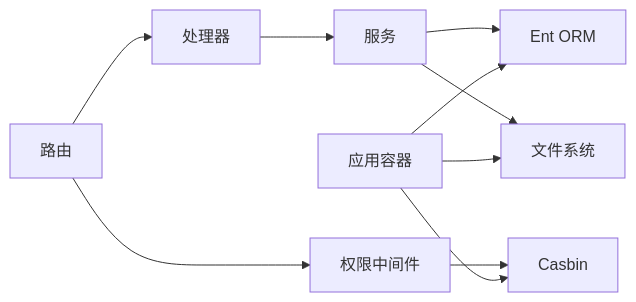
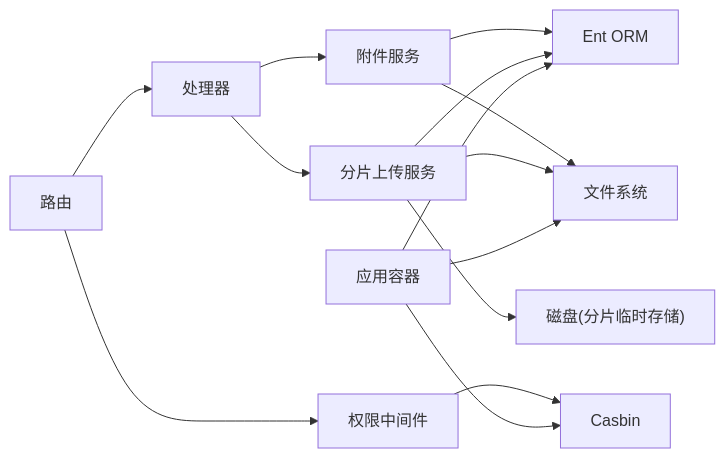
One commit to wuwuseo/e-sports-go-admin changed the seventh of 7 diagrams in .qoder/repowiki/zh/content/核心模块/文件管理系统.md. Above: the diagram before and after it, drawn with Mermaid. The commit also changed other lines of this file and 42 other files, not shown here.

````diff
--- a/.qoder/repowiki/zh/content/核心模块/文件管理系统.md
+++ b/.qoder/repowiki/zh/content/核心模块/文件管理系统.md
@@ -315,12 +423,16 @@
 ```mermaid
 graph LR
 Router["路由"] --> Handler["处理器"]
-Handler --> Service["服务"]
+Handler --> Service["附件服务"]
+Handler --> ChunkService["分片上传服务"]
 Service --> ORM["Ent ORM"]
 Service --> FS["文件系统"]
+ChunkService --> ORM
+ChunkService --> FS
+ChunkService --> Disk["磁盘(分片临时存储)"]
 Router --> Perm["权限中间件"]
 Perm --> Casbin["Casbin"]
 App["应用容器"] --> FS
 App --> Casbin
 App --> ORM
 ```
````
